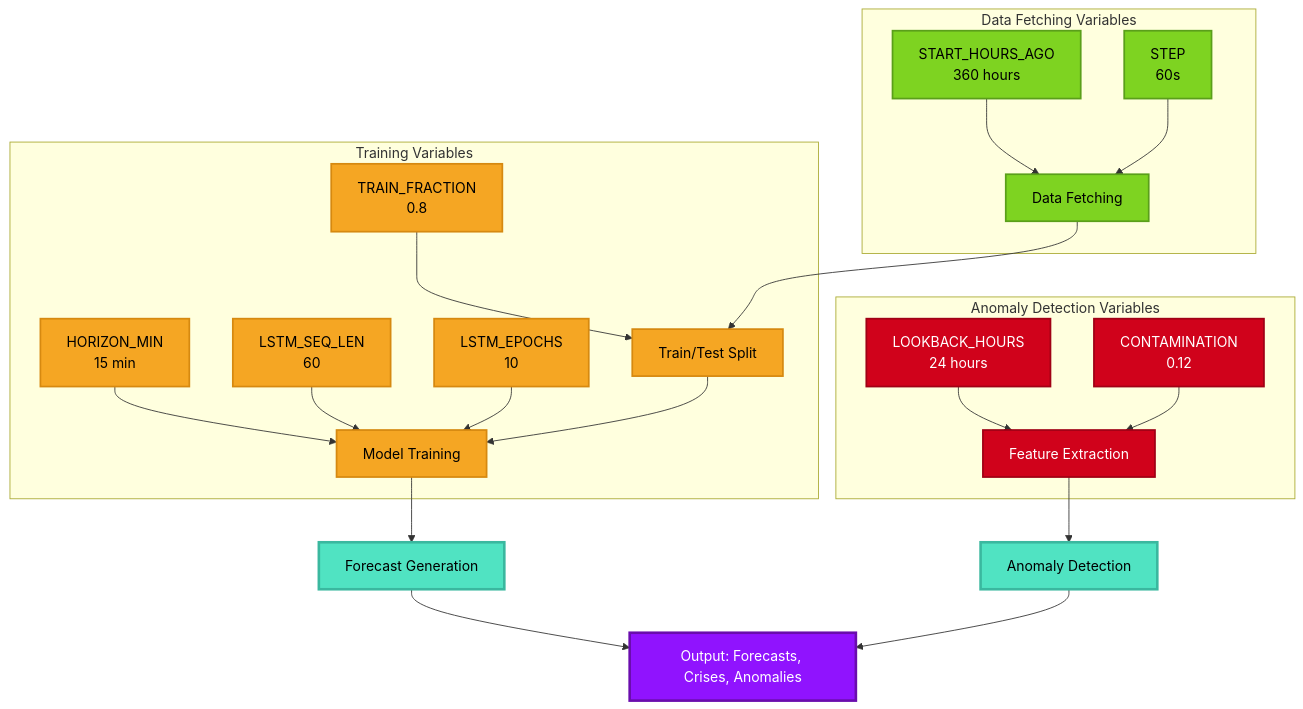
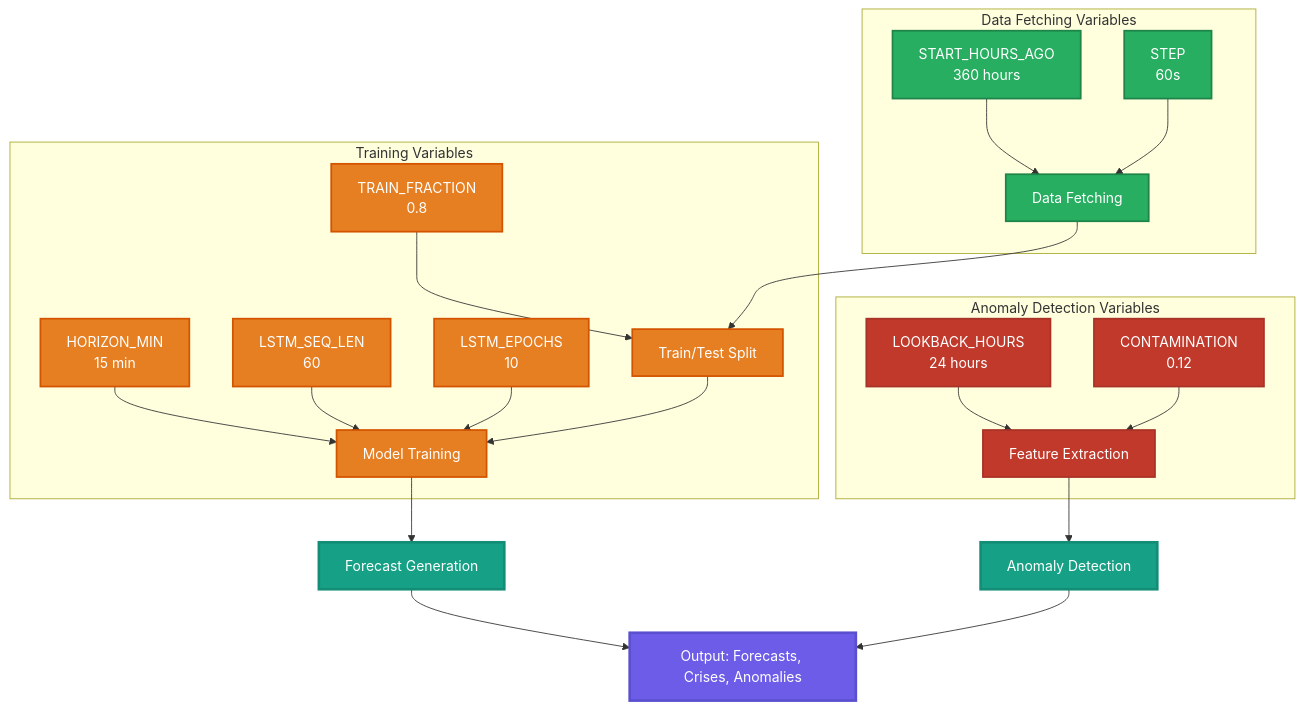
The ninth of 11 diagrams in Docs/VISUAL_ARCHITECTURE_GUIDE.md (k8sautom8/metrics-ml), drawn with Mermaid before and after one commit. The commit also changed other lines of this file, not shown here.

````diff
--- a/Docs/VISUAL_ARCHITECTURE_GUIDE.md
+++ b/Docs/VISUAL_ARCHITECTURE_GUIDE.md
@@ -588,39 +589,39 @@
 ```mermaid
 graph TD
     subgraph "Data Fetching Variables"
         START[START_HOURS_AGO<br/>360 hours] --> Fetch[Data Fetching]
         STEP[STEP<br/>60s] --> Fetch
     end
     
     subgraph "Training Variables"
         TRAIN[TRAIN_FRACTION<br/>0.8] --> Split[Train/Test Split]
         HORIZON[HORIZON_MIN<br/>15 min] --> Models[Model Training]
         LSTM_SEQ[LSTM_SEQ_LEN<br/>60] --> Models
         LSTM_EPOCH[LSTM_EPOCHS<br/>10] --> Models
     end
     
     subgraph "Anomaly Detection Variables"
         LOOKBACK[LOOKBACK_HOURS<br/>24 hours] --> Anomaly[Feature Extraction]
         CONTAM[CONTAMINATION<br/>0.12] --> Anomaly
     end
     
     Fetch --> Split
     Split --> Models
     Models --> Forecast[Forecast Generation]
     Anomaly --> AnomalyDet[Anomaly Detection]
     
     Forecast --> Output[Output: Forecasts, Crises, Anomalies]
     AnomalyDet --> Output
     
-    classDef dataVar fill:#7ED321,stroke:#5A9F1A,stroke-width:2px,color:#000
-    classDef trainVar fill:#F5A623,stroke:#D68910,stroke-width:2px,color:#000
-    classDef anomalyVar fill:#D0021B,stroke:#A00115,stroke-width:2px,color:#fff
-    classDef process fill:#50E3C2,stroke:#3AB89F,stroke-width:3px,color:#000
-    classDef output fill:#9013FE,stroke:#6A0DAD,stroke-width:3px,color:#fff
+    classDef dataVar fill:#27AE60,stroke:#1E8449,stroke-width:2px,color:#fff
+    classDef trainVar fill:#E67E22,stroke:#D35400,stroke-width:2px,color:#fff
+    classDef anomalyVar fill:#C0392B,stroke:#A93226,stroke-width:2px,color:#fff
+    classDef process fill:#16A085,stroke:#138D75,stroke-width:3px,color:#fff
+    classDef output fill:#6C5CE7,stroke:#5A4FCF,stroke-width:3px,color:#fff
     
     class START,STEP,Fetch dataVar
     class TRAIN,HORIZON,LSTM_SEQ,LSTM_EPOCH,Split,Models trainVar
     class LOOKBACK,CONTAM,Anomaly anomalyVar
     class Forecast,AnomalyDet process
     class Output output
 ```
````
